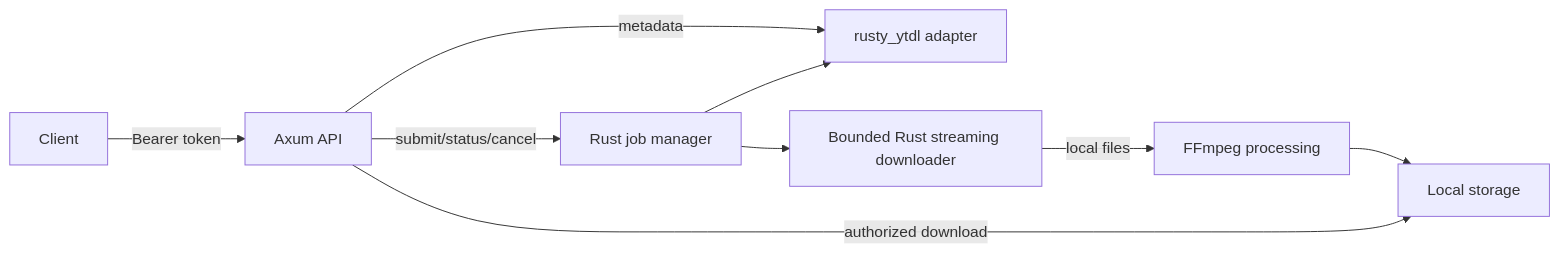
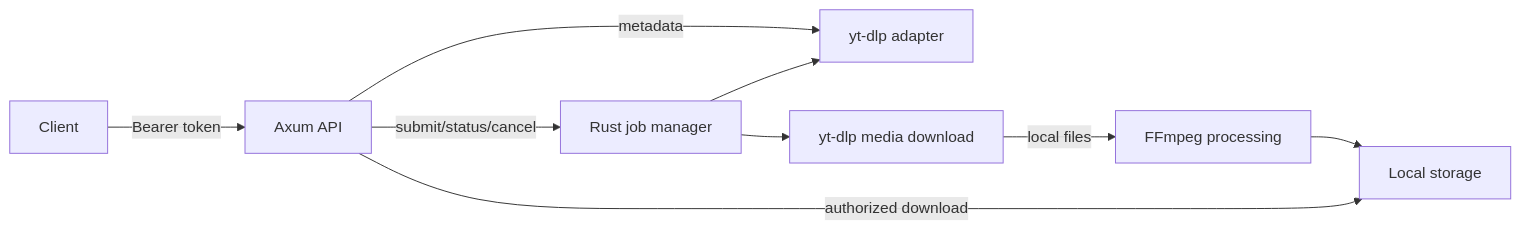
One commit to darkweb19/youtube-extractor-rs changed the diagram in docs/architecture.md. Above: the diagram before and after it, drawn with Mermaid. The commit also changed other lines of this file and 5 other files, not shown here.

````diff
--- a/docs/architecture.md
+++ b/docs/architecture.md
@@ -75,11 +75,11 @@
 ```mermaid
 flowchart LR
   Client -->|Bearer token| API[Axum API]
-  API -->|metadata| Extractor[rusty_ytdl adapter]
+  API -->|metadata| Extractor[yt-dlp adapter]
   API -->|submit/status/cancel| Jobs[Rust job manager]
   Jobs --> Extractor
-  Jobs --> Transfer[Bounded Rust streaming downloader]
+  Jobs --> Transfer[yt-dlp media download]
   Transfer -->|local files| FFMPEG[FFmpeg processing]
   FFMPEG --> Storage[Local storage]
   API -->|authorized download| Storage
 ```
````
